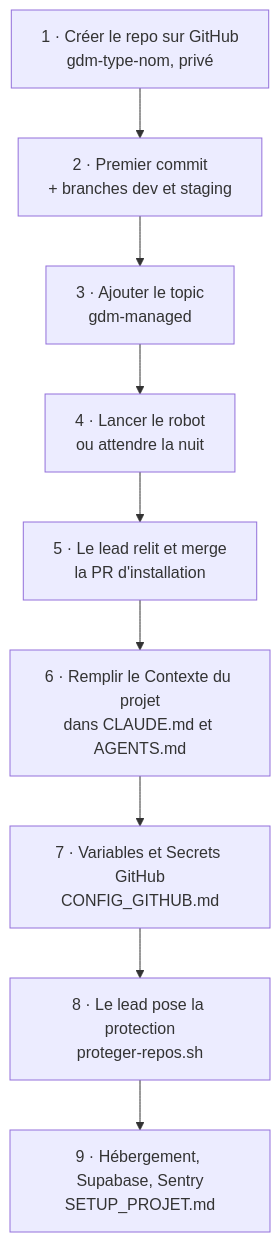
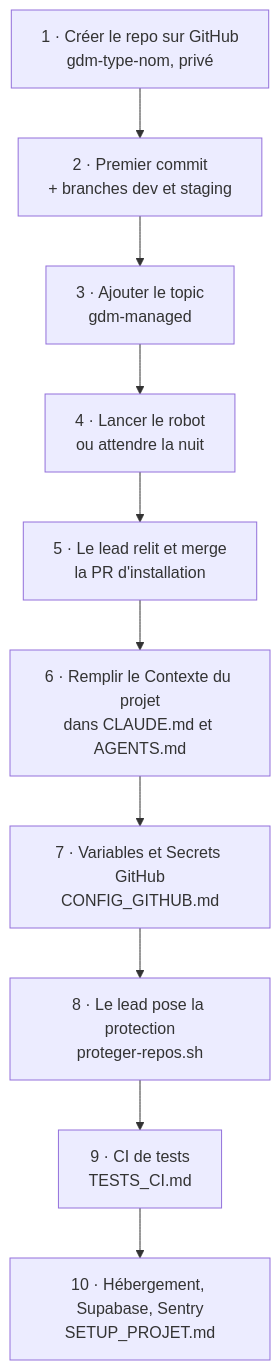
One commit to GUY-DEMARLE/gdm-dev-rules changed the second of 7 diagrams in README.md. Above: the diagram before and after it, drawn with Mermaid. The commit also changed other lines of this file and 6 other files, not shown here.

````diff
--- a/README.md
+++ b/README.md
@@ -82,11 +83,12 @@
 ```mermaid
 flowchart TD
     A["1 · Créer le repo sur GitHub<br/>gdm-type-nom, privé"] --> B["2 · Premier commit<br/>+ branches dev et staging"]
     B --> C["3 · Ajouter le topic<br/>gdm-managed"]
     C --> D["4 · Lancer le robot<br/>ou attendre la nuit"]
     D --> E["5 · Le lead relit et merge<br/>la PR d'installation"]
     E --> F["6 · Remplir le Contexte du projet<br/>dans CLAUDE.md et AGENTS.md"]
     F --> G["7 · Variables et Secrets GitHub<br/>CONFIG_GITHUB.md"]
     G --> H["8 · Le lead pose la protection<br/>proteger-repos.sh"]
-    H --> I["9 · Hébergement, Supabase, Sentry<br/>SETUP_PROJET.md"]
+    H --> T["9 · CI de tests<br/>TESTS_CI.md"]
+    T --> I["10 · Hébergement, Supabase, Sentry<br/>SETUP_PROJET.md"]
 ```
````
